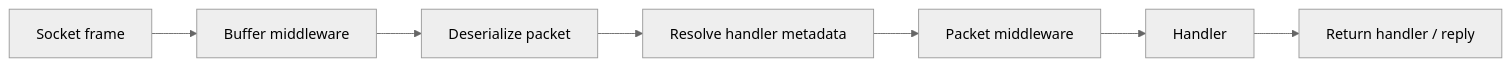
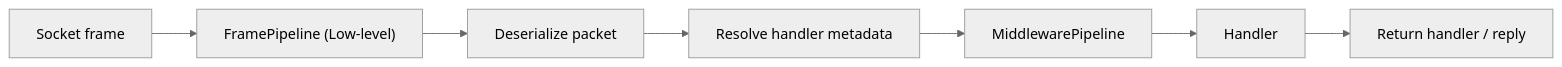
Before and after one commit to ppn-systems/Nalix: the first of 2 diagrams in docs/concepts/runtime/middleware-pipeline.md, drawn with Mermaid (neutral theme). The commit also changed other lines of this file and 64 other files, not shown here.

````diff
--- a/docs/concepts/runtime/middleware-pipeline.md
+++ b/docs/concepts/runtime/middleware-pipeline.md
@@ -9,9 +9,9 @@
 ```mermaid
 flowchart LR
-    A["Socket frame"] --> B["Buffer middleware"]
+    A["Socket frame"] --> B["FramePipeline (Low-level)"]
     B --> C["Deserialize packet"]
     C --> D["Resolve handler metadata"]
-    D --> E["Packet middleware"]
+    D --> E["MiddlewarePipeline"]
     E --> F["Handler"]
     F --> G["Return handler / reply"]
 ```
````
